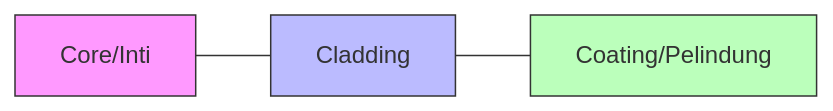
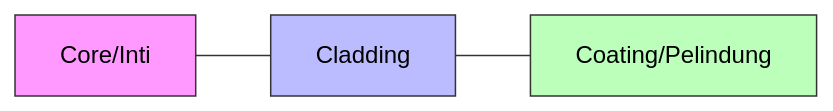
Before and after one commit to Muhammad-Nur-Alamsyah-Anwar/tkj-web-id: the diagram in src/content/docs/kelas-x/media-transmisi.mdx, drawn with Mermaid. The commit also changed other lines of this file, not shown here.

Commit message:
fix: correct FO color code mnemonic and diagram styling

````diff
--- a/src/content/docs/kelas-x/media-transmisi.mdx
+++ b/src/content/docs/kelas-x/media-transmisi.mdx
@@ -51,8 +51,8 @@
 ```mermaid
 graph LR
     A[Core/Inti] --- B[Cladding]
     B --- C[Coating/Pelindung]
-    style A fill:#f9f,stroke:#333
-    style B fill:#bbf,stroke:#333
-    style C fill:#bfb,stroke:#333
+    style A fill:#f9f,stroke:#333,color:#000
+    style B fill:#bbf,stroke:#333,color:#000
+    style C fill:#bfb,stroke:#333,color:#000
 ```
````
